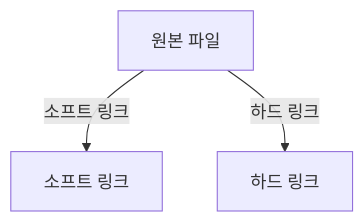
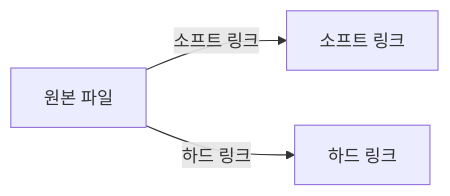
One commit to 42jerrykim/42jerrykim.github.io changed the sixth of 13 diagrams in content/post/2024/2024-09-09-file-system/index.md. Above: the diagram before and after it, drawn with Mermaid. The commit also changed other lines of this file and 239 other files, not shown here.

````diff
--- a/content/post/2024/2024-09-09-file-system/index.md
+++ b/content/post/2024/2024-09-09-file-system/index.md
@@ -446,5 +507,8 @@
 ```mermaid
-graph TD;
-    A[원본 파일] -->|소프트 링크| B[소프트 링크]
-    A -->|하드 링크| C[하드 링크]
+graph LR
+    origFile[원본 파일]
+    softLink[소프트 링크]
+    hardLink[하드 링크]
+    origFile -->|"소프트 링크"| softLink
+    origFile -->|"하드 링크"| hardLink
 ```
````
